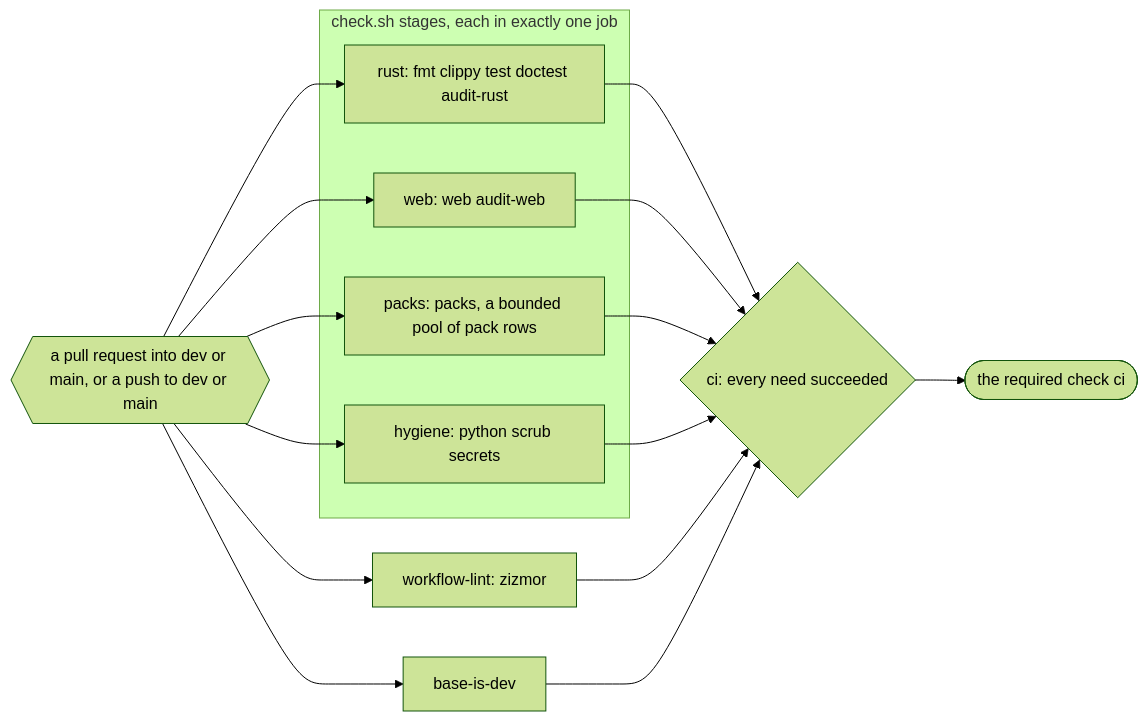
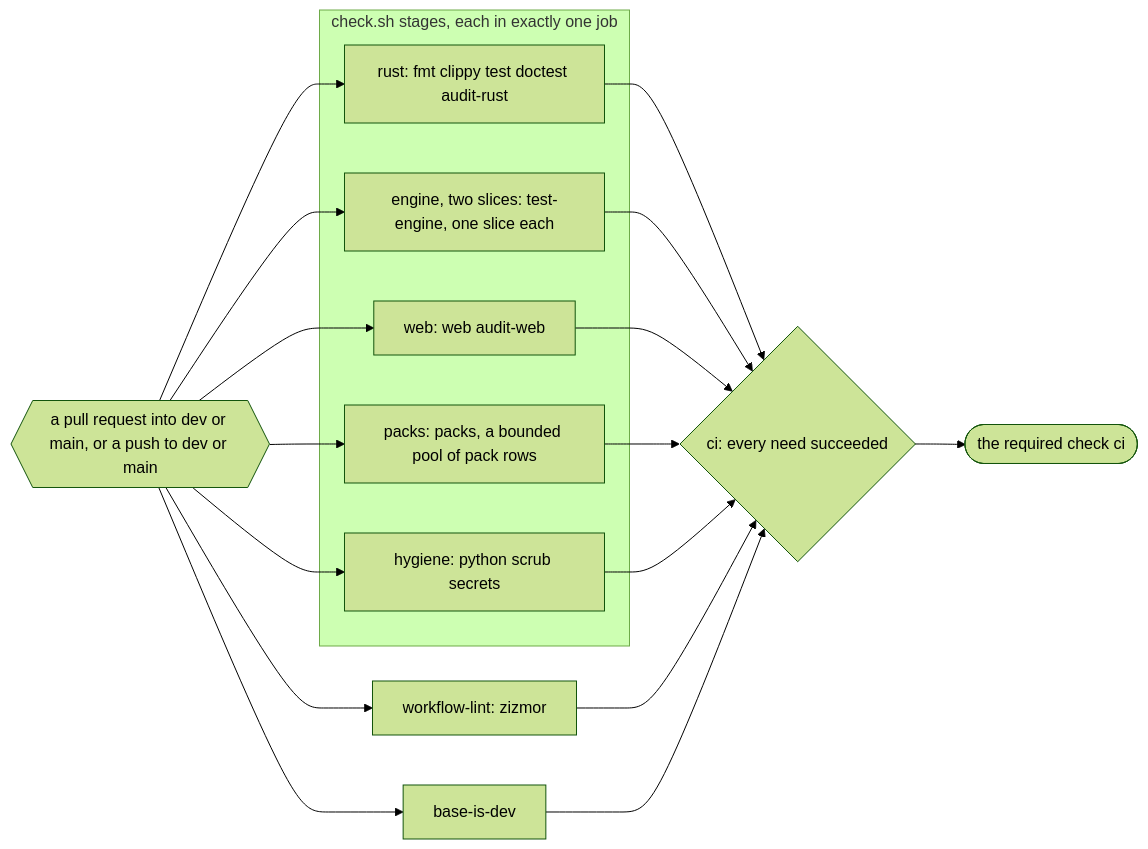
The first of 4 diagrams in docs/schematics/ci-jobs-and-caches.md (RexRenatus/deck-streak), drawn with Mermaid (forest theme) before and after one commit. The commit also changed other lines of this file and 5 other files, not shown here.

````diff
--- a/docs/schematics/ci-jobs-and-caches.md
+++ b/docs/schematics/ci-jobs-and-caches.md
@@ -8,22 +9,25 @@
 ```mermaid
 flowchart LR
   event{{a pull request into dev or main, or a push to dev or main}} --> rust
+  event --> engine
   event --> web
   event --> packs
   event --> hygiene
   event --> lint[workflow-lint: zizmor]
   event --> base[base-is-dev]
   subgraph gate[check.sh stages, each in exactly one job]
     rust[rust: fmt clippy test doctest audit-rust]
+    engine[engine, two slices: test-engine, one slice each]
     web[web: web audit-web]
     packs[packs: packs, a bounded pool of pack rows]
     hygiene[hygiene: python scrub secrets]
   end
   rust --> ci{ci: every need succeeded}
+  engine --> ci
   web --> ci
   packs --> ci
   hygiene --> ci
   lint --> ci
   base --> ci
   ci --> required([the required check ci])
 ```
````
